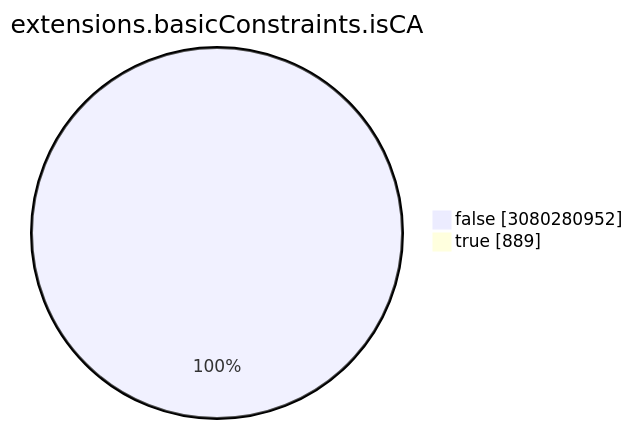
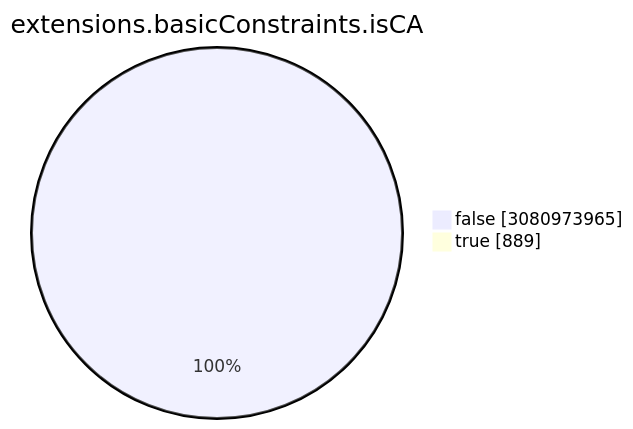
The seventh of 15 diagrams in TOTAL/README.md (christiankrug/ctmonitor_visualization), drawn with Mermaid before and after one commit. The commit also changed other lines of this file, not shown here.

````diff
--- a/TOTAL/README.md
+++ b/TOTAL/README.md
@@ -3088,6 +3088,6 @@
 ```mermaid
 pie showData
 title extensions.basicConstraints.isCA
-"false" :3080280952
+"false" :3080973965
 "true" :889
 ```
````
